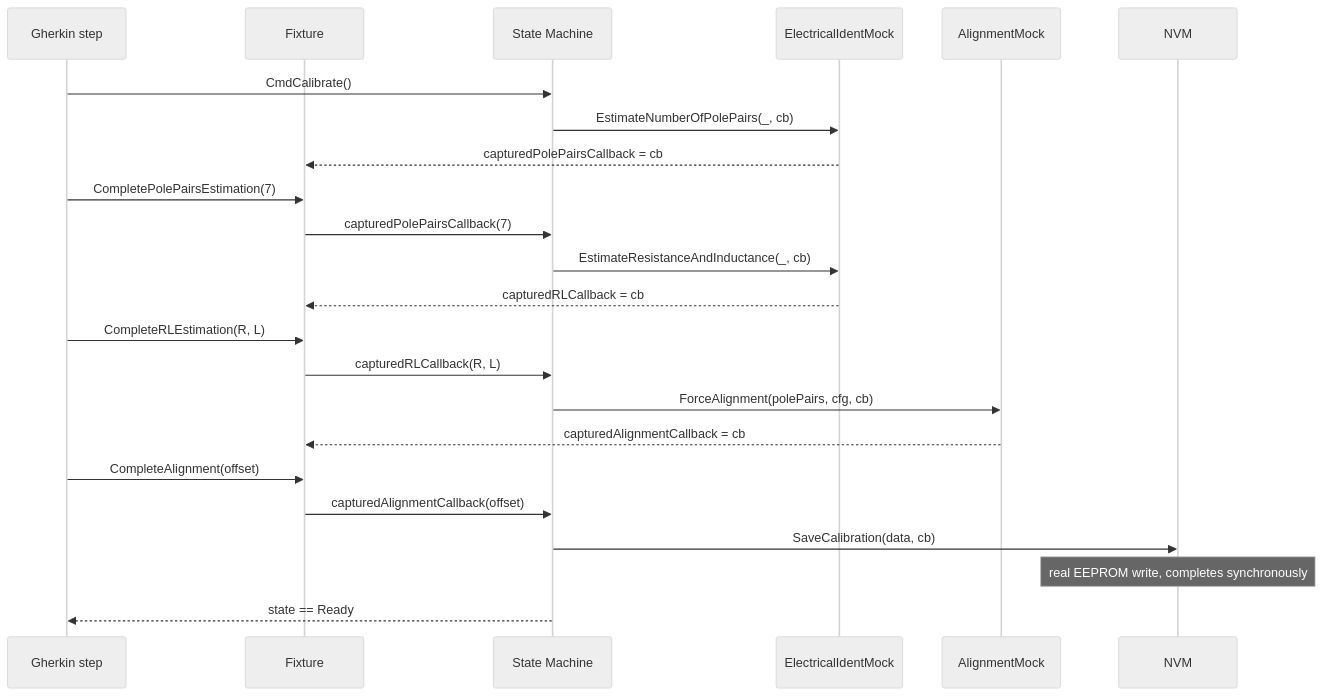
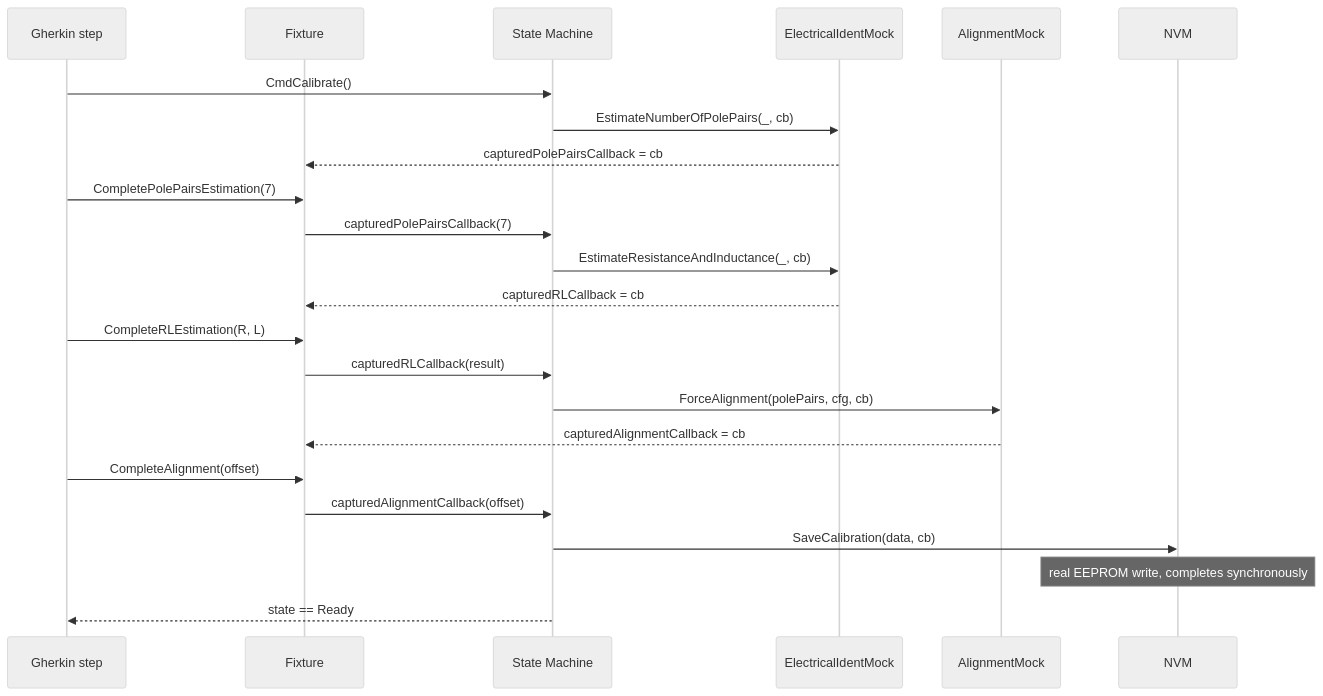
Before and after one commit to embedded-pro/e-foc: the second of 3 diagrams in documentation/design/integration-testing.md, drawn with Mermaid (neutral theme). The commit also changed 23 other files, not shown here.

````diff
--- a/documentation/design/integration-testing.md
+++ b/documentation/design/integration-testing.md
@@ -110,28 +110,28 @@
 ```mermaid
 sequenceDiagram
     participant Step as Gherkin step
     participant Fixture
     participant SM as State Machine
     participant EIM as ElectricalIdentMock
     participant AMK as AlignmentMock
 
     Step->>SM: CmdCalibrate()
     SM->>EIM: EstimateNumberOfPolePairs(_, cb)
     EIM-->>Fixture: capturedPolePairsCallback = cb
 
     Step->>Fixture: CompletePolePairsEstimation(7)
     Fixture->>SM: capturedPolePairsCallback(7)
     SM->>EIM: EstimateResistanceAndInductance(_, cb)
     EIM-->>Fixture: capturedRLCallback = cb
 
     Step->>Fixture: CompleteRLEstimation(R, L)
-    Fixture->>SM: capturedRLCallback(R, L)
+    Fixture->>SM: capturedRLCallback(result)
     SM->>AMK: ForceAlignment(polePairs, cfg, cb)
     AMK-->>Fixture: capturedAlignmentCallback = cb
 
     Step->>Fixture: CompleteAlignment(offset)
     Fixture->>SM: capturedAlignmentCallback(offset)
     SM->>NVM: SaveCalibration(data, cb)
     Note over NVM: real EEPROM write, completes synchronously
     SM-->>Step: state == Ready
 ```
````
